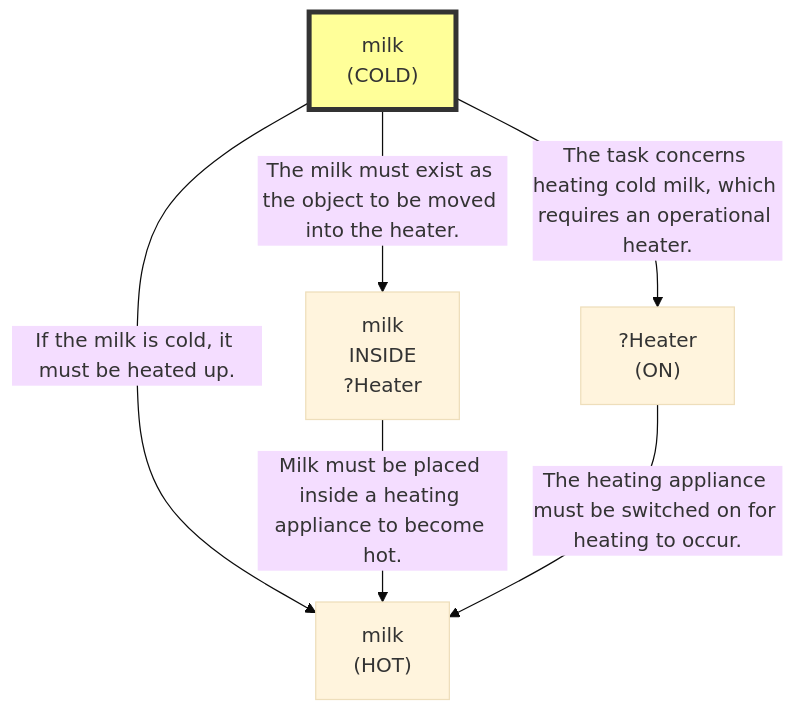
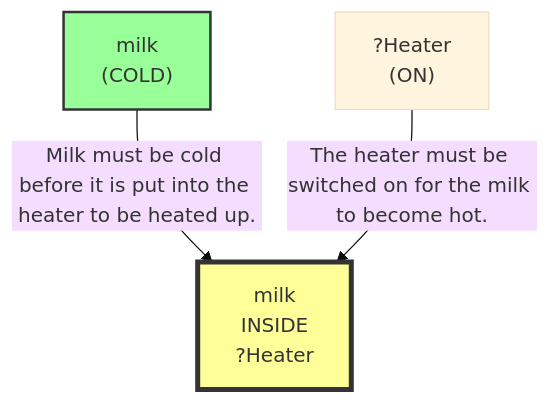
The first of 16 diagrams in evaluation/results/table3/robostate/runs/without_memory/M1_05/run_T3_without_memory_M1_05.md (scuama/virtualhome), drawn with Mermaid (base theme) before and after one commit. The commit also changed other lines of this file and 507 other files, not shown here.

````diff
--- a/evaluation/results/table3/robostate/runs/without_memory/M1_05/run_T3_without_memory_M1_05.md
+++ b/evaluation/results/table3/robostate/runs/without_memory/M1_05/run_T3_without_memory_M1_05.md
@@ -101,13 +103,10 @@
 ```mermaid
 graph TD
     N1["milk<br>(COLD)"]
-    style N1 fill:#ff9,stroke:#333,stroke-width:4px
-    N2["milk<br>(HOT)"]
-    N3["milk<br>INSIDE<br>?Heater"]
-    N4["?Heater<br>(ON)"]
-    N1 -->|"If the milk is cold, it must be heated up."| N2
-    N3 -->|"Milk must be placed inside a heating appliance to become hot."| N2
-    N4 -->|"The heating appliance must be switched on for heating to occur."| N2
-    N1 -->|"The milk must exist as the object to be moved into the heater."| N3
-    N1 -->|"The task concerns heating cold milk, which requires an operational heater."| N4
+    style N1 fill:#9f9,stroke:#333,stroke-width:2px
+    N2["milk<br>INSIDE<br>?Heater"]
+    style N2 fill:#ff9,stroke:#333,stroke-width:4px
+    N3["?Heater<br>(ON)"]
+    N1 -->|"Milk must be cold before it is put into the heater to be heated up."| N2
+    N3 -->|"The heater must be switched on for the milk to become hot."| N2
 ```
````
